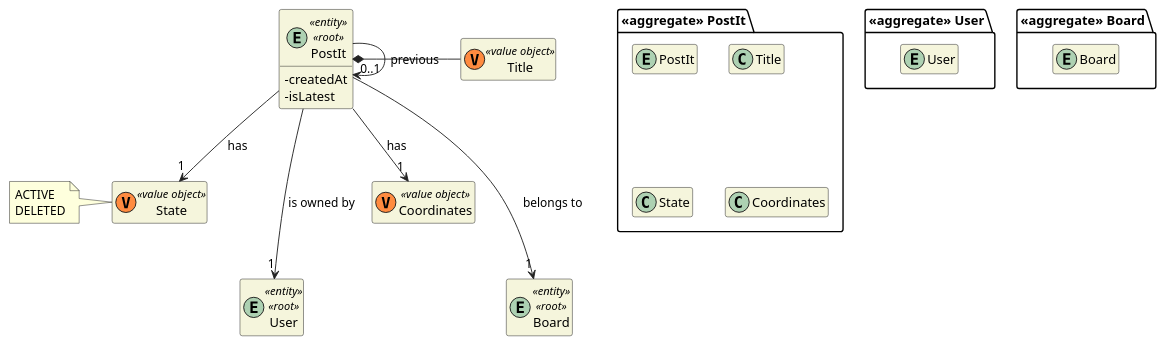
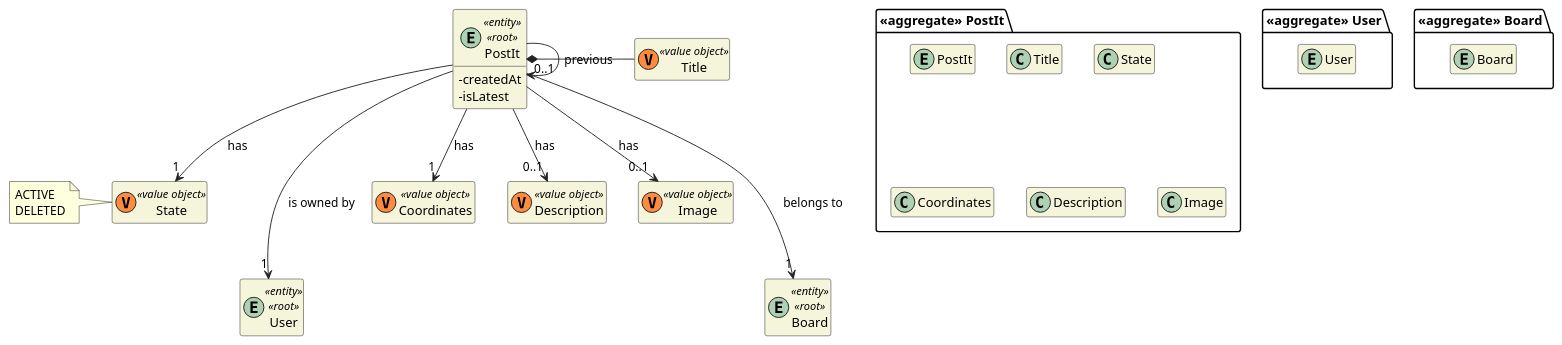
Before and after one commit to miseEnPlace-dev/lapr4: the diagram in docs/sprint-c/us31-3006/US3006_DM.puml, drawn with PlantUML. The commit also changed 20 other files, not shown here.

Commit message:
feat: postit description and image (#28)

```diff
--- a/docs/sprint-c/us31-3006/US3006_DM.puml
+++ b/docs/sprint-c/us31-3006/US3006_DM.puml
@@ -1,54 +1,61 @@
 @startuml US3006_DM
 
 skinparam classAttributeIconSize 0
 hide empty attributes
 hide empty methods
 skinparam classBackgroundColor beige
 skinparam ArrowColor #222222
 
 package "<<aggregate>> PostIt" {
   entity PostIt
 
   class Title
   class State
   class Coordinates
+  class Description
+  class Image
 }
 
 package "<<aggregate>> User" {
   entity User
 }
 
 entity User <<entity>> <<root>> {
 }
 
 entity PostIt <<entity>> <<root>>{
   - createdAt
   - isLatest
 }
 
 class Title <<(V,#FF8B40) value object>> {}
 
 class State <<(V,#FF8B40) value object>> {}
 class Coordinates <<(V,#FF8B40) value object>> {}
+class Description <<(V,#FF8B40) value object>> {}
+class Image <<(V,#FF8B40) value object>> {}
+
 
 note left of State
   ACTIVE
   DELETED
 end note
 
 package "<<aggregate>> Board" {
   entity Board
 }
 
 entity Board <<entity>> <<root>>{
 }
 
 PostIt *- Title
 PostIt --> "1" State : has
 
 PostIt ---> "1" Board : belongs to
 PostIt --> "0..1" PostIt : previous
+PostIt --> "0..1" Description : has
+PostIt --> "0..1" Image : has
 PostIt --> "1" Coordinates : has
 PostIt ---> "1" User : is owned by
 
 @enduml
```
